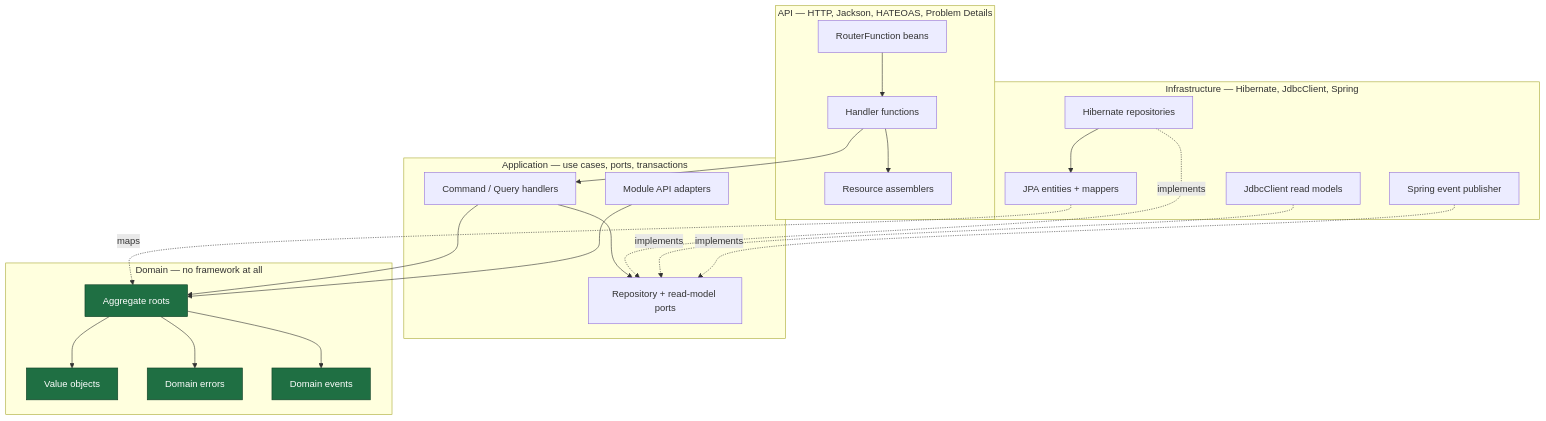
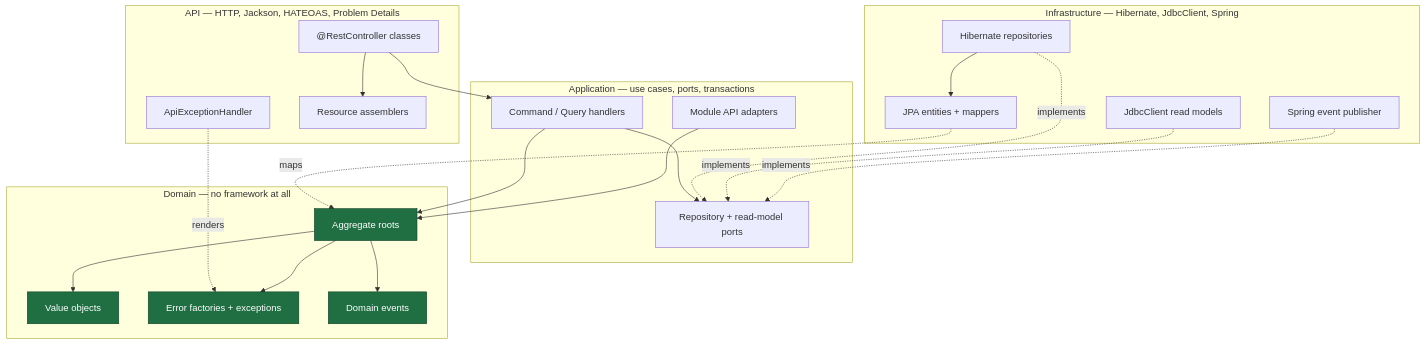
Before and after one commit to abastidas-innovatiopr/dotnet-to-java: the second of 2 diagrams in docs/ARCHITECTURE.md, drawn with Mermaid. The commit also changed other lines of this file and 124 other files, not shown here.

````diff
--- a/docs/ARCHITECTURE.md
+++ b/docs/ARCHITECTURE.md
@@ -568,45 +635,46 @@
 ```mermaid
 graph TD
     subgraph API["API — HTTP, Jackson, HATEOAS, Problem Details"]
-        Routes[RouterFunction beans]
-        Endpoints[Handler functions]
+        Controllers["@RestController classes"]
+        Advice[ApiExceptionHandler]
         Assemblers[Resource assemblers]
     end
 
     subgraph APP["Application — use cases, ports, transactions"]
         Handlers[Command / Query handlers]
         Ports[Repository + read-model ports]
         Facades[Module API adapters]
     end
 
     subgraph DOM["Domain — no framework at all"]
         Aggregates[Aggregate roots]
         VOs[Value objects]
-        Errors[Domain errors]
+        Errors[Error factories + exceptions]
         Events[Domain events]
     end
 
     subgraph INFRA["Infrastructure — Hibernate, JdbcClient, Spring"]
         JpaRepos[Hibernate repositories]
         Entities[JPA entities + mappers]
         ReadModels[JdbcClient read models]
         Publisher[Spring event publisher]
     end
 
-    Routes --> Endpoints --> Handlers
-    Endpoints --> Assemblers
+    Controllers --> Handlers
+    Controllers --> Assemblers
+    Advice -.renders.-> Errors
     Handlers --> Ports
     Handlers --> Aggregates
     Facades --> Aggregates
     Aggregates --> VOs
     Aggregates --> Errors
     Aggregates --> Events
     JpaRepos -.implements.-> Ports
     ReadModels -.implements.-> Ports
     Publisher -.implements.-> Ports
     JpaRepos --> Entities
     Entities -.maps.-> Aggregates
 
     classDef domain fill:#1f6f43,stroke:#0d3d24,color:#fff
     class Aggregates,VOs,Errors,Events domain
 ```
````
